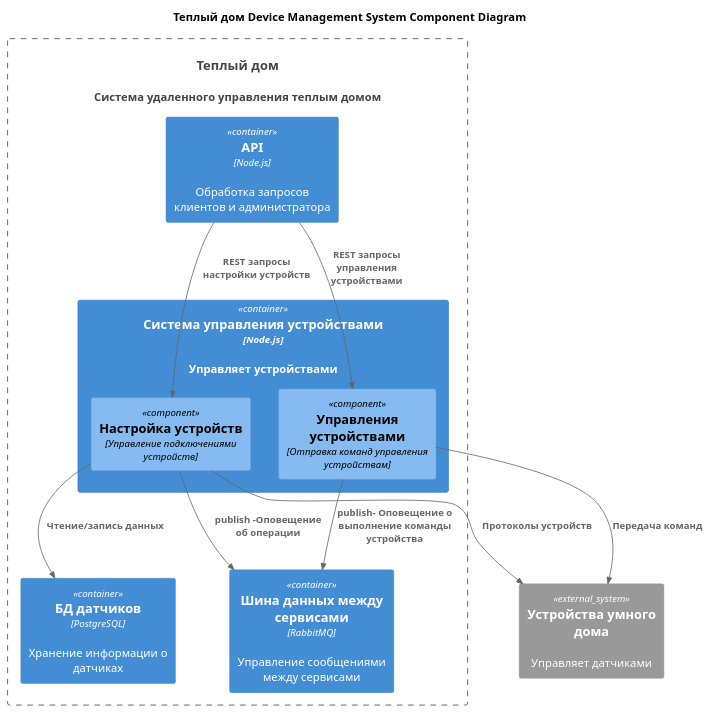
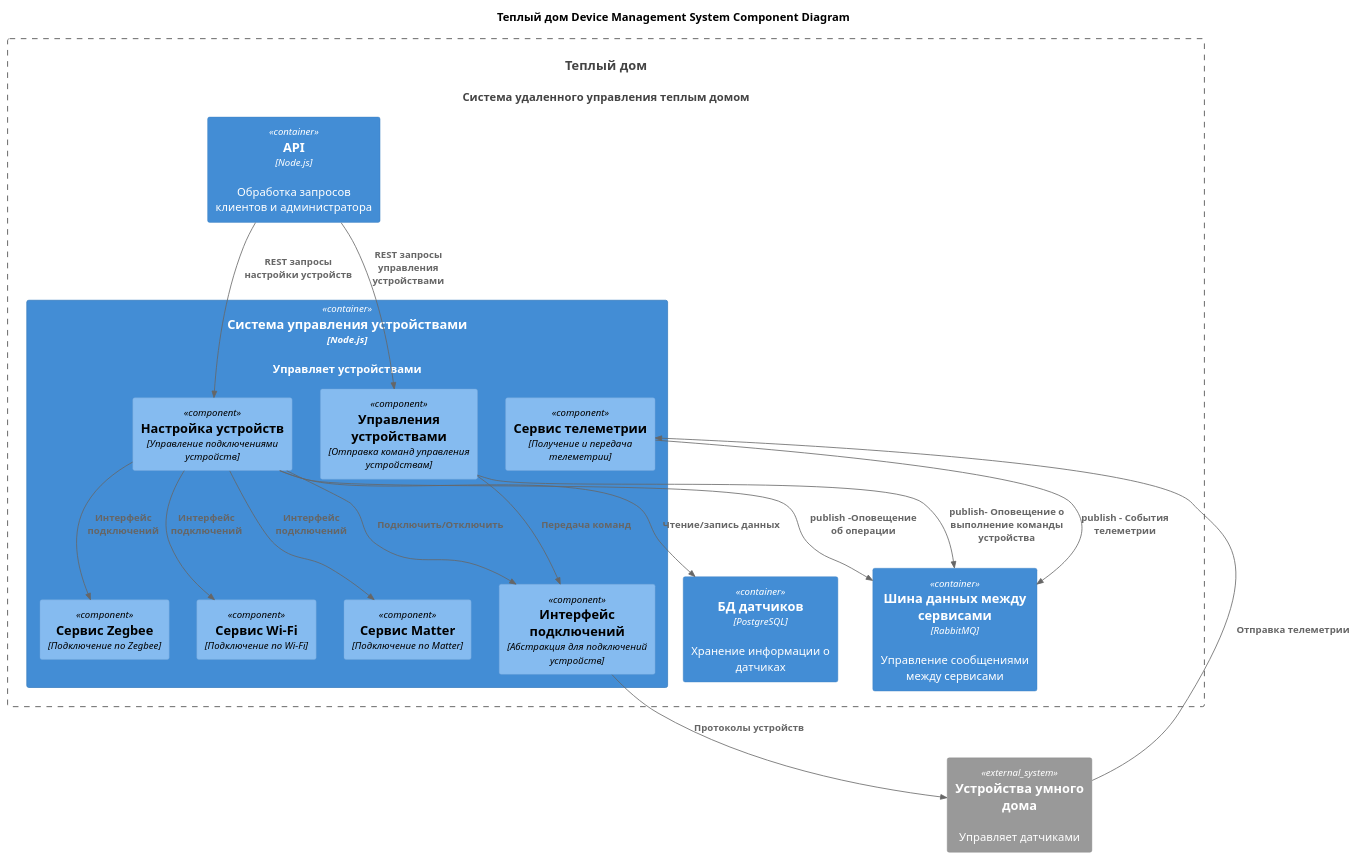
One commit to AntonVolkov71/architecture-pro-warmhouse changed the diagram in schemas/new_app/components/DeviceManagementSystem.component.puml. Above: the diagram before and after it, drawn with PlantUML. The commit also changed 9 other files, not shown here.

```diff
--- a/schemas/new_app/components/DeviceManagementSystem.component.puml
+++ b/schemas/new_app/components/DeviceManagementSystem.component.puml
@@ -1,33 +1,46 @@
 @startuml
 title Теплый дом Device Management System Component Diagram
 
 top to bottom direction
 
 !includeurl https://raw.githubusercontent.com/RicardoNiepel/C4-PlantUML/master/C4_Component.puml
 
 System(WarmHouseSystem, "Теплый дом", "Система удаленного управления теплым домом")
-
 Container_Boundary(WarmHouseSystem, "Теплый дом") {
   Container(DeviceManagementSystem, "Система управления устройствами", "Node.js", "Управляет устройствами")
   Container(DatabaseSensors, "БД датчиков", "PostgreSQL", "Хранение информации о датчиках")
   Container(MessageBroker, "Шина данных между сервисами", "RabbitMQ", "Управление сообщениями между сервисами")
   Container(api, "API", "Node.js", "Обработка запросов клиентов и администратора")
 }
 
 System_Ext(sensors, "Устройства умного дома", "Управляет датчиками")
 
 Container(DeviceManagementSystem, "Система управления устройствами") {
  Component(managementDevice, "Настройка устройств", "Управление подключениями устройств")
+ Component(connectionInterface, "Интерфейс подключений", "Абстракция для подключений устройств")
+ Component(wifiConnection, "Сервис Wi-Fi", "Подключение по Wi-Fi")
+ Component(matterConnection, "Сервис Matter", "Подключение по Matter")
+ Component(zegbeeConnection, "Сервис Zegbee", "Подключение по Zegbee")
  Component(commandDevice, "Управления устройствами", "Отправка команд управления устройствам")
+ Component(telemetryService, "Сервис телеметрии", "Получение и передача телеметрии")
 }
 
 Rel(api, managementDevice, "REST запросы настройки устройств")
 Rel(api, commandDevice, "REST запросы управления устройствами")
-Rel(managementDevice, sensors, "Протоколы устройств")
+
+Rel(managementDevice, connectionInterface, "Подключить/Отключить")
+Rel(commandDevice, connectionInterface, "Передача команд")
+
+Rel(connectionInterface, sensors, "Протоколы устройств")
+Rel(managementDevice, wifiConnection, "Интерфейс подключений")
+Rel(managementDevice, matterConnection, "Интерфейс подключений")
+Rel(managementDevice, zegbeeConnection, "Интерфейс подключений")
+
 Rel(managementDevice, DatabaseSensors, "Чтение/запись данных")
-Rel(commandDevice, sensors, "Передача команд")
 
 Rel(managementDevice, MessageBroker, "publish -Оповещение об операции")
 Rel(commandDevice, MessageBroker, "publish- Оповещение о выполнение команды устройства")
 
+Rel(sensors, telemetryService, "Отправка телеметрии")
+Rel(telemetryService, MessageBroker, "publish - События телеметрии")
 @enduml
```
